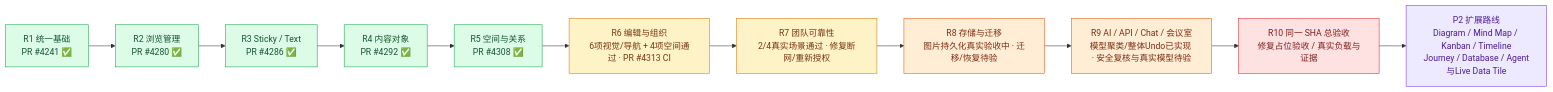
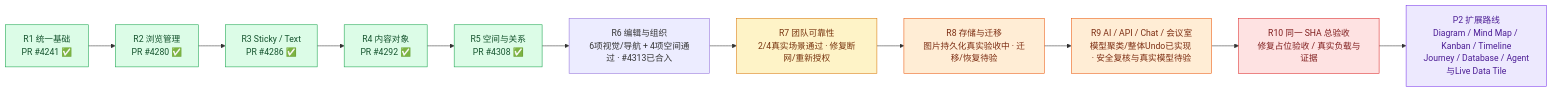
One commit to boardx/workspacex changed the first of 3 diagrams in phases/phase-19-board-visual-workspace/design-deltas/2026-09-26-unified-board-plan.md. Above: the diagram before and after it, drawn with Mermaid. The commit also changed other lines of this file, not shown here.

````diff
--- a/phases/phase-19-board-visual-workspace/design-deltas/2026-09-26-unified-board-plan.md
+++ b/phases/phase-19-board-visual-workspace/design-deltas/2026-09-26-unified-board-plan.md
@@ -23,20 +23,20 @@
 ```mermaid
 flowchart LR
   R1["R1 统一基础<br/>PR #4241 ✅"]:::merged --> R2["R2 浏览管理<br/>PR #4280 ✅"]:::merged
   R2 --> R3["R3 Sticky / Text<br/>PR #4286 ✅"]:::merged
   R3 --> R4["R4 内容对象<br/>PR #4292 ✅"]:::merged
   R4 --> R5["R5 空间与关系<br/>PR #4308 ✅"]:::merged
-  R5 --> R6["R6 编辑与组织<br/>6项视觉/导航 + 4项空间通过 · PR #4313 CI"]:::accepting
+  R5 --> R6["R6 编辑与组织<br/>6项视觉/导航 + 4项空间通过 · #4313已合入"]:::done
   R6 --> R7["R7 团队可靠性<br/>2/4真实场景通过 · 修复断网/重新授权"]:::accepting
   R7 --> R8["R8 存储与迁移<br/>图片持久化真实验收中 · 迁移/恢复待验"]:::working
   R8 --> R9["R9 AI / API / Chat / 会议室<br/>模型聚类/整体Undo已实现 · 安全复核与真实模型待验"]:::working
   R9 --> R10["R10 同一 SHA 总验收<br/>修复占位验收 / 真实负载与证据"]:::blocked
   R10 --> P2["P2 扩展路线<br/>Diagram / Mind Map / Kanban / Timeline<br/>Journey / Database / Agent与Live Data Tile"]:::future
   classDef merged fill:#dcfce7,stroke:#16a34a,color:#14532d
   classDef accepting fill:#fef3c7,stroke:#d97706,color:#78350f
   classDef ready fill:#dbeafe,stroke:#2563eb,color:#1e3a8a
   classDef working fill:#ffedd5,stroke:#ea580c,color:#7c2d12
   classDef blocked fill:#fee2e2,stroke:#dc2626,color:#7f1d1d
   classDef todo fill:#f1f5f9,stroke:#64748b,color:#334155
   classDef future fill:#ede9fe,stroke:#7c3aed,color:#4c1d95
 ```
````
